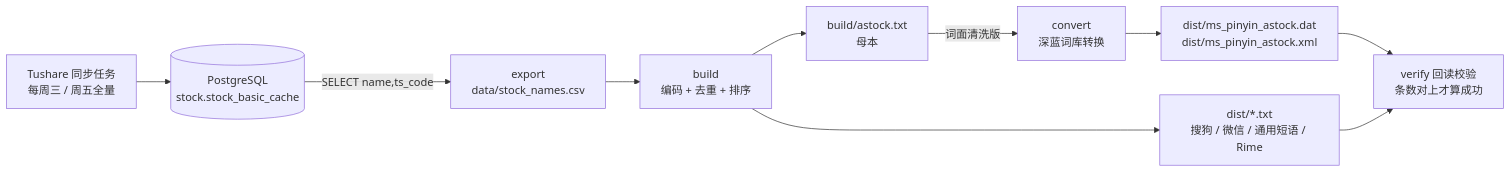
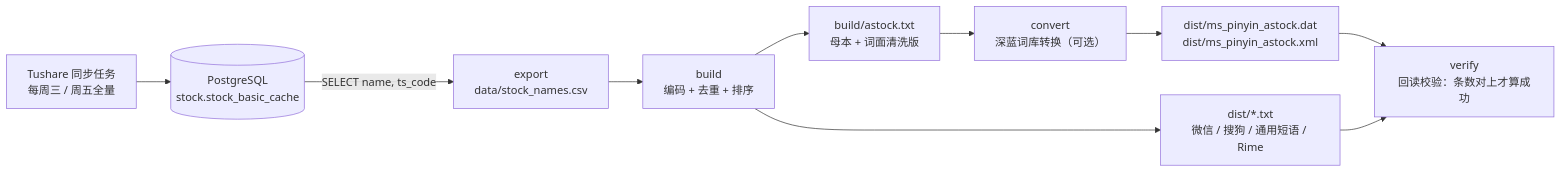
One commit to jcone211/astock-ime changed the diagram in README.md. Above: the diagram before and after it, drawn with Mermaid. The commit also changed other lines of this file and 1 other file, not shown here.

Commit message:
docs: README 补充发布指引、mermaid 加引号防渲染异常；修正深蓝许可证表述

````diff
--- a/README.md
+++ b/README.md
@@ -72,12 +72,12 @@
 ```mermaid
 flowchart LR
-    TS[Tushare 同步任务<br/>每周三 / 周五全量] --> DB[(PostgreSQL<br/>stock.stock_basic_cache)]
-    DB -->|SELECT name,ts_code| EX[export<br/>data/stock_names.csv]
-    EX --> BU[build<br/>编码 + 去重 + 排序]
-    BU --> M1[build/astock.txt<br/>母本]
-    BU --> TXT[dist/*.txt<br/>搜狗 / 微信 / 通用短语 / Rime]
-    M1 -->|词面清洗版| IME[convert<br/>深蓝词库转换]
-    IME --> BIN[dist/ms_pinyin_astock.dat<br/>dist/ms_pinyin_astock.xml]
-    BIN --> CHK[verify 回读校验<br/>条数对上才算成功]
+    TS["Tushare 同步任务<br/>每周三 / 周五全量"] --> DB[("PostgreSQL<br/>stock.stock_basic_cache")]
+    DB -->|"SELECT name, ts_code"| EX["export<br/>data/stock_names.csv"]
+    EX --> BU["build<br/>编码 + 去重 + 排序"]
+    BU --> M1["build/astock.txt<br/>母本 + 词面清洗版"]
+    BU --> TXT["dist/*.txt<br/>微信 / 搜狗 / 通用短语 / Rime"]
+    M1 --> IME["convert<br/>深蓝词库转换（可选）"]
+    IME --> BIN["dist/ms_pinyin_astock.dat<br/>dist/ms_pinyin_astock.xml"]
+    BIN --> CHK["verify<br/>回读校验：条数对上才算成功"]
     TXT --> CHK
 ```
````
